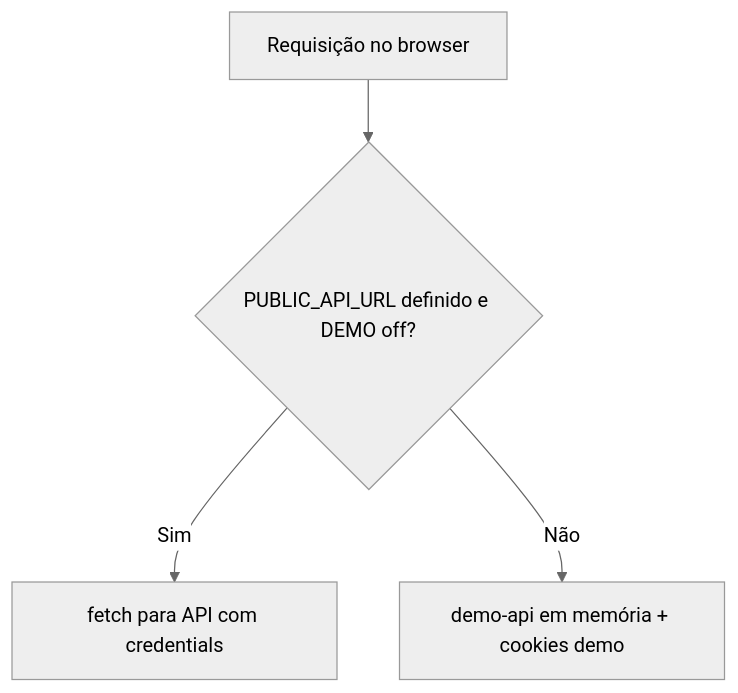
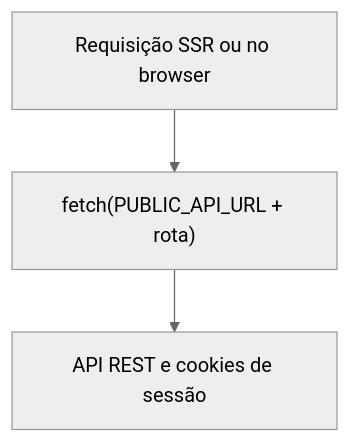
The diagram in FLUXO.md (AndreXime/ecommerce), drawn with Mermaid (neutral theme) before and after one commit. The commit also changed other lines of this file and 15 other files, not shown here.

````diff
--- a/FLUXO.md
+++ b/FLUXO.md
@@ -15,6 +17,5 @@
 ```mermaid
 flowchart TD
-  A[Requisição no browser] --> B{PUBLIC_API_URL definido e DEMO off?}
-  B -->|Sim| C[fetch para API com credentials]
-  B -->|Não| D[demo-api em memória + cookies demo]
+  A[Requisição SSR ou no browser] --> B["fetch(PUBLIC_API_URL + rota)"]
+  B --> C[API REST e cookies de sessão]
 ```
````
